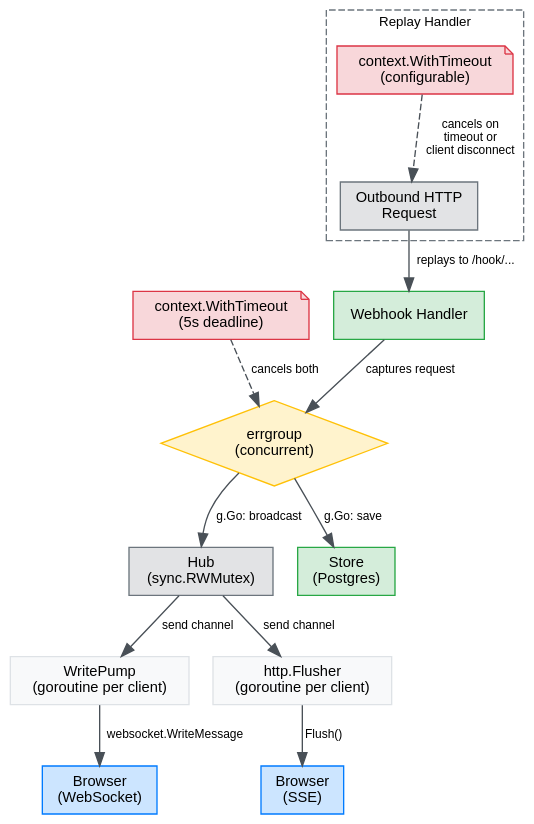
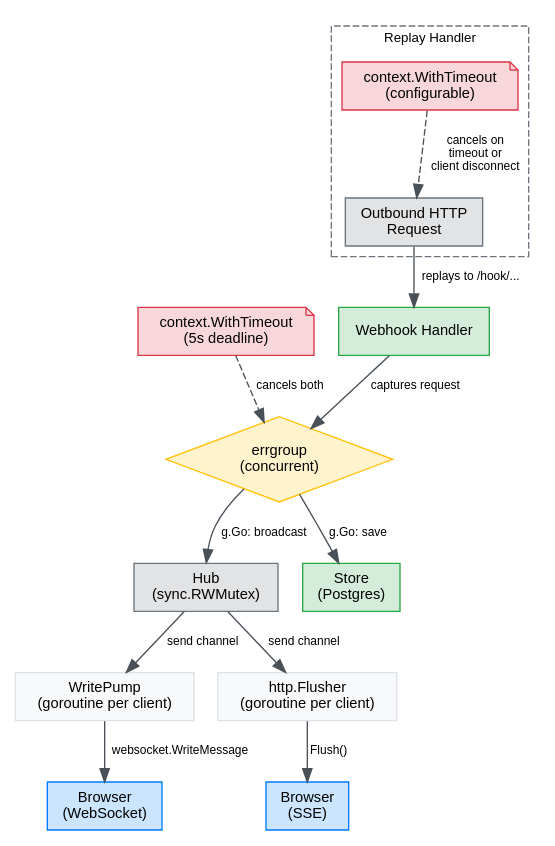
One commit to murguia/hookshot changed the diagram in docs/architecture.dot. Above: the diagram before and after it, drawn with Graphviz. The commit also changed 1 other file, not shown here.

Commit message:
Set architecture diagram background to white for dark mode readability

```diff
--- a/docs/architecture.dot
+++ b/docs/architecture.dot
@@ -1,47 +1,47 @@
 digraph hookshot {
     rankdir=TB
-    bgcolor="transparent"
+    bgcolor="white"
     fontname="Helvetica"
     node [fontname="Helvetica" fontsize=11 style=filled fillcolor="#f8f9fa" color="#dee2e6" shape=box]
     edge [fontname="Helvetica" fontsize=9 color="#495057"]
 
     // Entrypoints
     webhook [label="Webhook Handler" fillcolor="#d4edda" color="#28a745"]
     browser_ws [label="Browser\n(WebSocket)" fillcolor="#cce5ff" color="#007bff"]
     browser_sse [label="Browser\n(SSE)" fillcolor="#cce5ff" color="#007bff"]
 
     // Core
     errgroup [label="errgroup\n(concurrent)" shape=diamond fillcolor="#fff3cd" color="#ffc107"]
     hub [label="Hub\n(sync.RWMutex)" fillcolor="#e2e3e5" color="#6c757d"]
     store [label="Store\n(Postgres)" fillcolor="#d4edda" color="#28a745"]
 
     // Delivery
     writepump [label="WritePump\n(goroutine per client)"]
     flusher [label="http.Flusher\n(goroutine per client)"]
 
     // Context
     ctx [label="context.WithTimeout\n(5s deadline)" shape=note fillcolor="#f8d7da" color="#dc3545"]
 
     // Flow
     webhook -> errgroup [label="captures request"]
     errgroup -> store [label="g.Go: save"]
     errgroup -> hub [label="g.Go: broadcast"]
     ctx -> errgroup [label="cancels both" style=dashed]
 
     hub -> writepump [label="send channel"]
     hub -> flusher [label="send channel"]
     writepump -> browser_ws [label="websocket.WriteMessage"]
     flusher -> browser_sse [label="Flush()"]
 
     // Replay subgraph
     subgraph cluster_replay {
         label="Replay Handler"
         style=dashed
         color="#6c757d"
         fontsize=10
         replay_ctx [label="context.WithTimeout\n(configurable)" shape=note fillcolor="#f8d7da" color="#dc3545"]
         replay_req [label="Outbound HTTP\nRequest" fillcolor="#e2e3e5" color="#6c757d"]
         replay_ctx -> replay_req [label="cancels on\ntimeout or\nclient disconnect" style=dashed]
     }
     replay_req -> webhook [label="replays to /hook/..."]
 }
```
